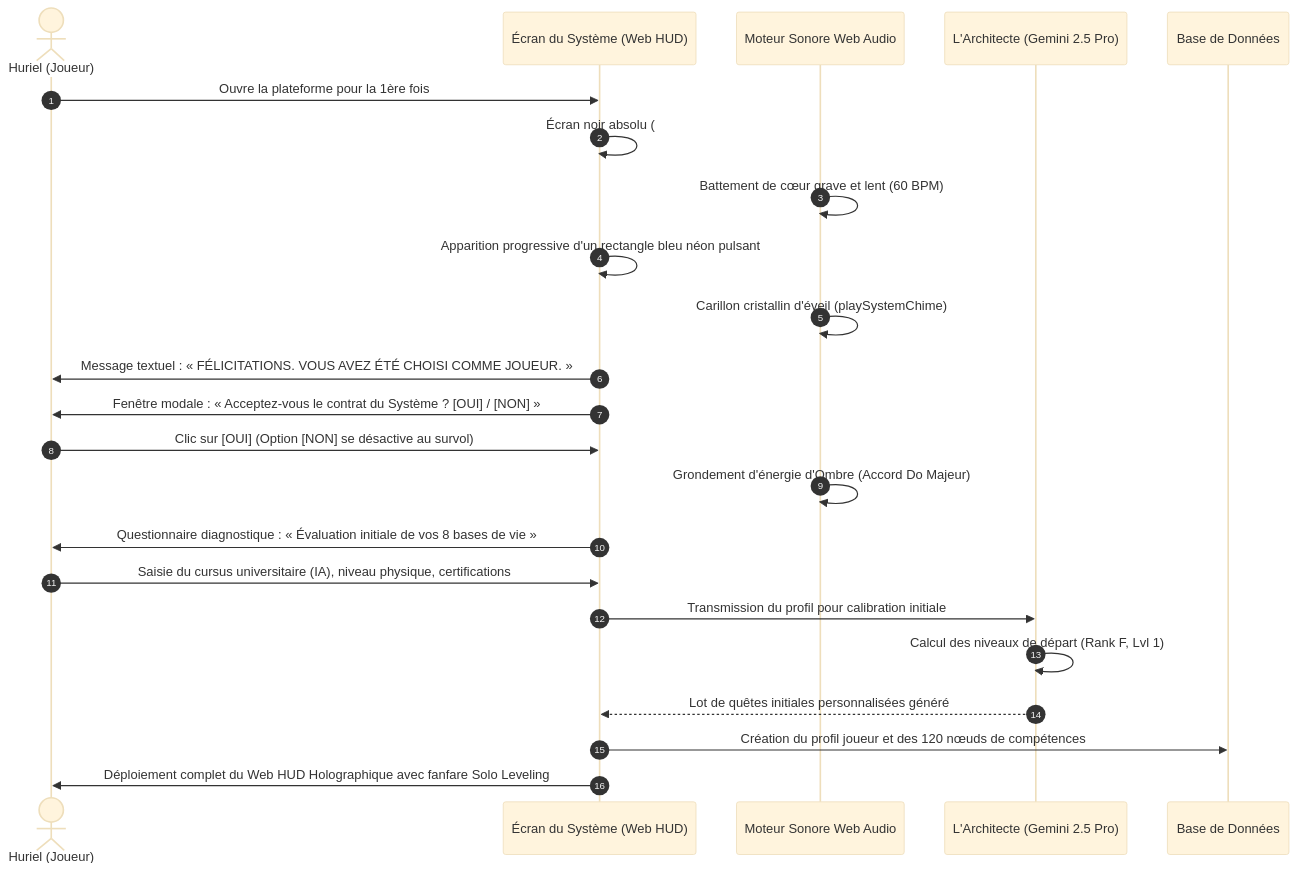
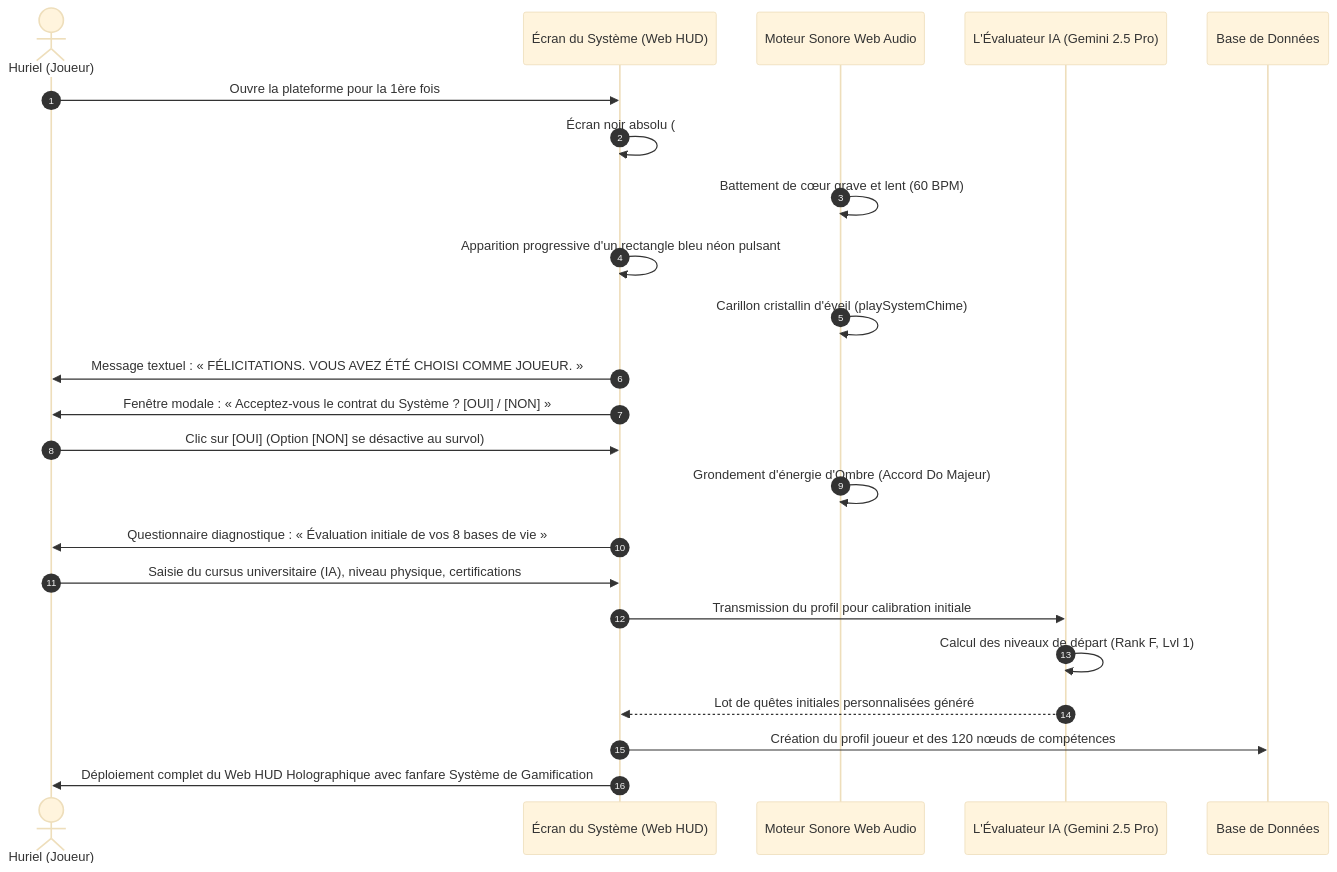
Before and after one commit to GeovanioH/LevelUp: the fifth of 5 diagrams in docs/03-APP_FLOW.md, drawn with Mermaid (base theme). The commit also changed other lines of this file and 12 other files, not shown here.

````diff
--- a/docs/03-APP_FLOW.md
+++ b/docs/03-APP_FLOW.md
@@ -1251,28 +1251,28 @@
 ```mermaid
 sequenceDiagram
     autonumber
     actor Joueur as Huriel (Joueur)
     participant UI as Écran du Système (Web HUD)
     participant Audio as Moteur Sonore Web Audio
-    participant AI as L'Architecte (Gemini 2.5 Pro)
+    participant AI as L'Évaluateur IA (Gemini 2.5 Pro)
     participant DB as Base de Données
 
     Joueur->>UI: Ouvre la plateforme pour la 1ère fois
     UI->>UI: Écran noir absolu (#000000) pendant 2 secondes
     Audio->>Audio: Battement de cœur grave et lent (60 BPM)
     UI->>UI: Apparition progressive d'un rectangle bleu néon pulsant
     Audio->>Audio: Carillon cristallin d'éveil (playSystemChime)
     UI->>Joueur: Message textuel : « FÉLICITATIONS. VOUS AVEZ ÉTÉ CHOISI COMME JOUEUR. »
     UI->>Joueur: Fenêtre modale : « Acceptez-vous le contrat du Système ? [OUI] / [NON] »
     
     Joueur->>UI: Clic sur [OUI] (Option [NON] se désactive au survol)
     Audio->>Audio: Grondement d'énergie d'Ombre (Accord Do Majeur)
     UI->>Joueur: Questionnaire diagnostique : « Évaluation initiale de vos 8 bases de vie »
     
     Joueur->>UI: Saisie du cursus universitaire (IA), niveau physique, certifications
     UI->>AI: Transmission du profil pour calibration initiale
     AI->>AI: Calcul des niveaux de départ (Rank F, Lvl 1)
     AI-->>UI: Lot de quêtes initiales personnalisées généré
     UI->>DB: Création du profil joueur et des 120 nœuds de compétences
-    UI->>Joueur: Déploiement complet du Web HUD Holographique avec fanfare Solo Leveling
+    UI->>Joueur: Déploiement complet du Web HUD Holographique avec fanfare Système de Gamification
 ```
````
